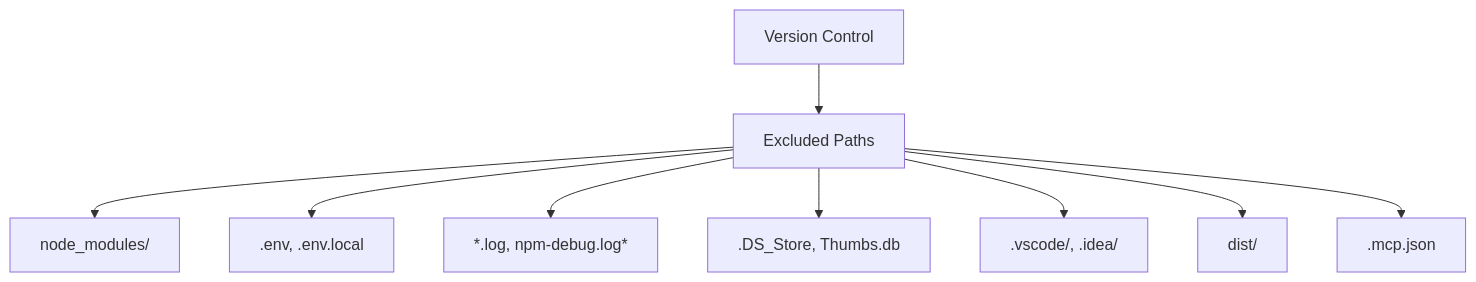
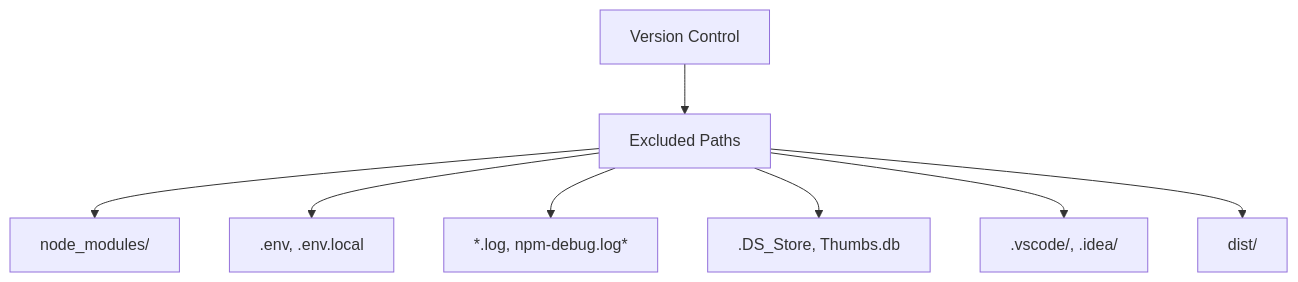
Before and after one commit to rakeshmaity271/frankie-picasso: the sixth of 7 diagrams in .qoder/repowiki/en/content/Development Tools.md, drawn with Mermaid. The commit also changed other lines of this file and 28 other files, not shown here.

````diff
--- a/.qoder/repowiki/en/content/Development Tools.md
+++ b/.qoder/repowiki/en/content/Development Tools.md
@@ -228,11 +262,10 @@
 ```mermaid
 flowchart TD
 A["Version Control"] --> B["Excluded Paths"]
 B --> C["node_modules/"]
 B --> D[".env, .env.local"]
 B --> E["*.log, npm-debug.log*"]
 B --> F[".DS_Store, Thumbs.db"]
 B --> G[".vscode/, .idea/"]
 B --> H["dist/"]
-B --> I[".mcp.json"]
 ```
````
